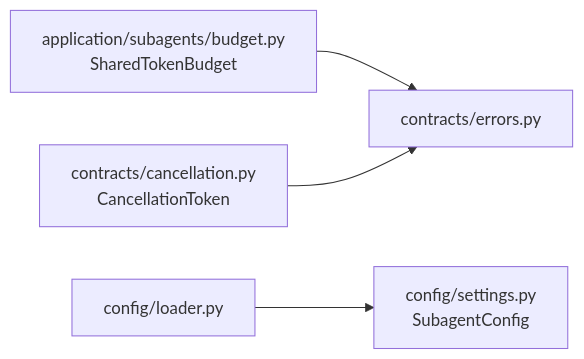
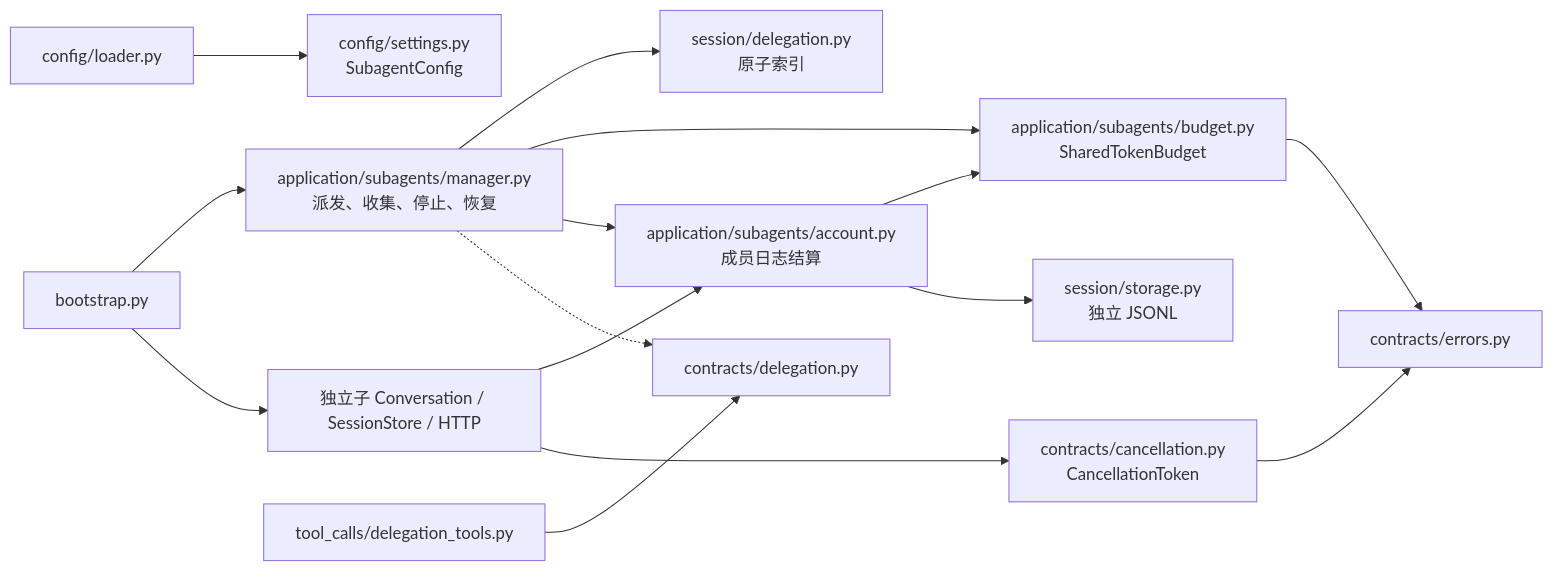
The first of 4 diagrams in docs/architecture.md (Plvltra/AdamAgent), drawn with Mermaid before and after one commit. The commit also changed other lines of this file and 19 other files, not shown here.

````diff
--- a/docs/architecture.md
+++ b/docs/architecture.md
@@ -34,6 +34,17 @@
 ```mermaid
 flowchart LR
     BUDGET["application/subagents/budget.py<br/>SharedTokenBudget"] --> ERRORS["contracts/errors.py"]
     CANCEL["contracts/cancellation.py<br/>CancellationToken"] --> ERRORS
     LOADER["config/loader.py"] --> SUBCONFIG["config/settings.py<br/>SubagentConfig"]
+    BOOT["bootstrap.py"] --> MANAGER["application/subagents/manager.py<br/>派发、收集、停止、恢复"]
+    BOOT --> CHILD["独立子 Conversation / SessionStore / HTTP"]
+    MANAGER --> INDEX["session/delegation.py<br/>原子索引"]
+    MANAGER --> BUDGET
+    MANAGER --> ACCOUNT["application/subagents/account.py<br/>成员日志结算"]
+    ACCOUNT --> BUDGET
+    ACCOUNT --> STORE["session/storage.py<br/>独立 JSONL"]
+    ADAPTER["tool_calls/delegation_tools.py"] --> PORT["contracts/delegation.py"]
+    MANAGER -.-> PORT
+    CHILD --> ACCOUNT
+    CHILD --> CANCEL
 ```
````
